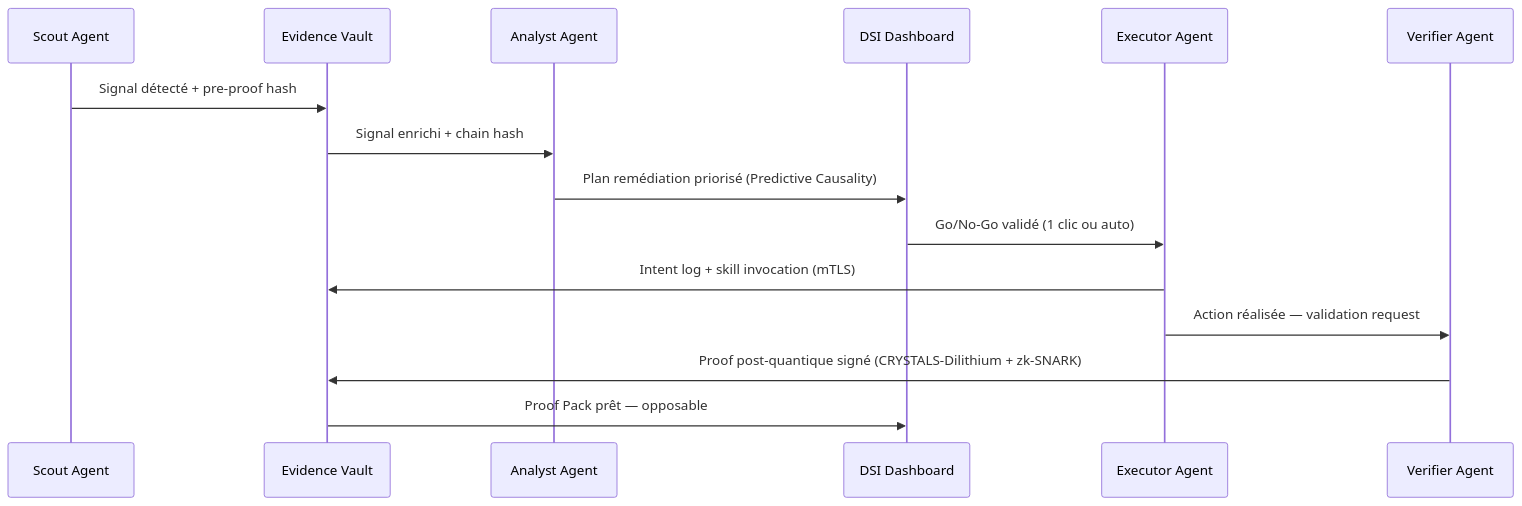
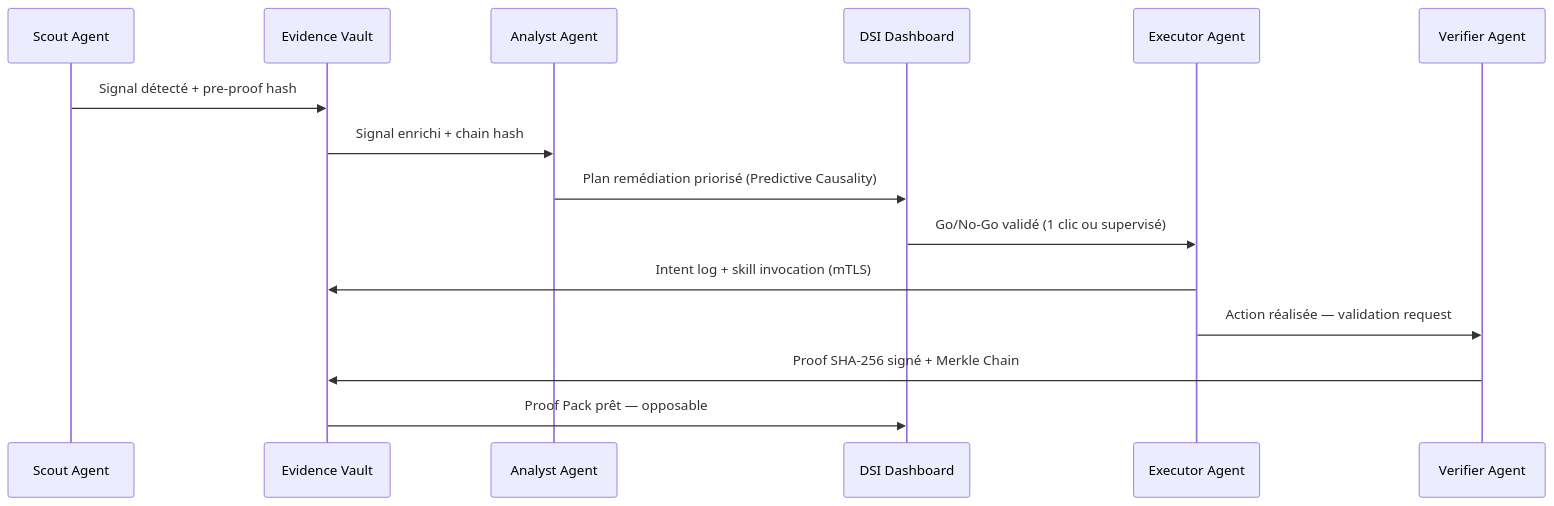
One commit to lemoalvivien-cmyk/edge-proof-keeper changed the second of 2 diagrams in docs/ARCHITECTURE.md. Above: the diagram before and after it, drawn with Mermaid. The commit also changed other lines of this file and 2 other files, not shown here.

````diff
--- a/docs/ARCHITECTURE.md
+++ b/docs/ARCHITECTURE.md
@@ -30,18 +30,18 @@
 ```mermaid
 sequenceDiagram
     participant S as Scout Agent
     participant V as Evidence Vault
     participant A as Analyst Agent
     participant D as DSI Dashboard
     participant E as Executor Agent
     participant VR as Verifier Agent
 
     S->>V: Signal détecté + pre-proof hash
     V->>A: Signal enrichi + chain hash
     A->>D: Plan remédiation priorisé (Predictive Causality)
-    D->>E: Go/No-Go validé (1 clic ou auto)
+    D->>E: Go/No-Go validé (1 clic ou supervisé)
     E->>V: Intent log + skill invocation (mTLS)
     E->>VR: Action réalisée — validation request
-    VR->>V: Proof post-quantique signé (CRYSTALS-Dilithium + zk-SNARK)
+    VR->>V: Proof SHA-256 signé + Merkle Chain
     V->>D: Proof Pack prêt — opposable
 ```
````
